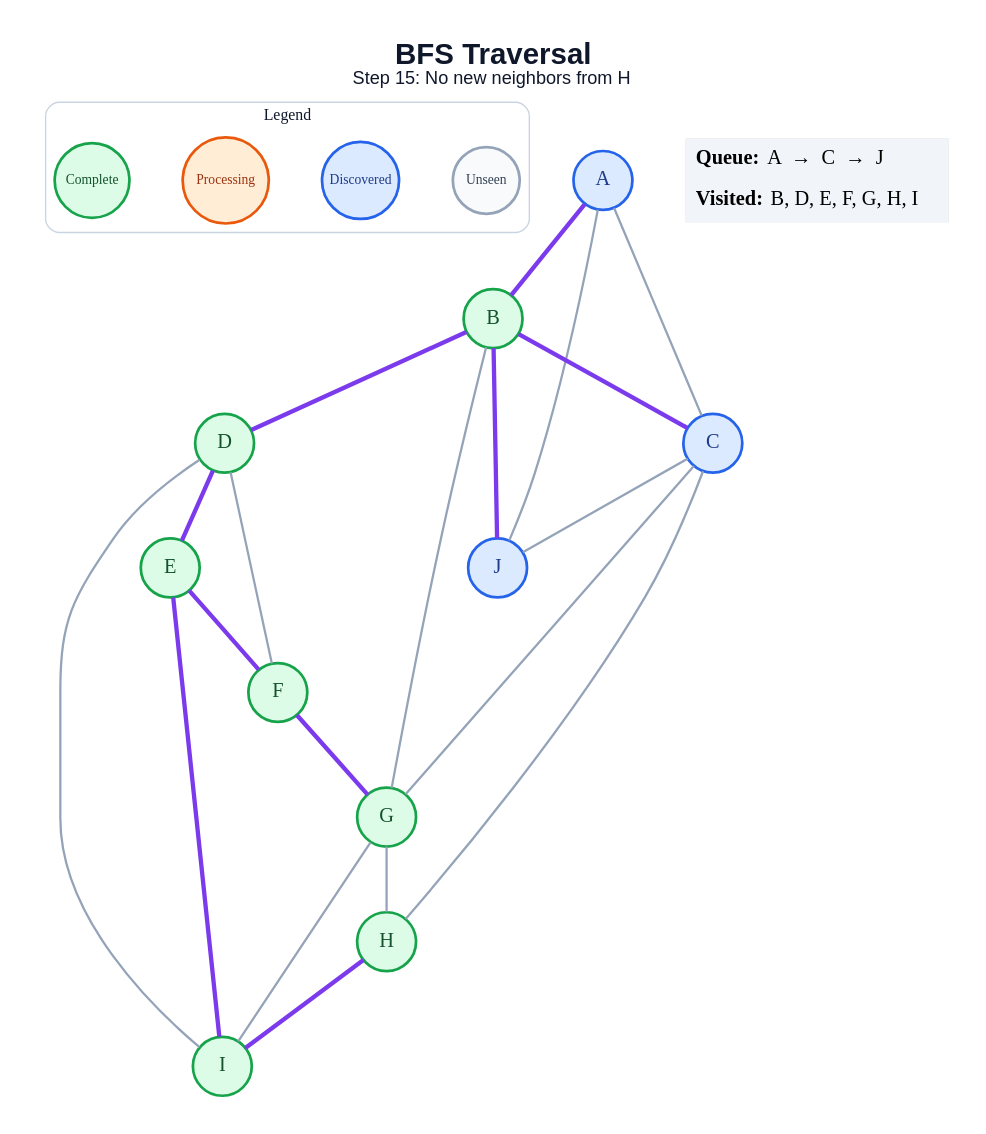
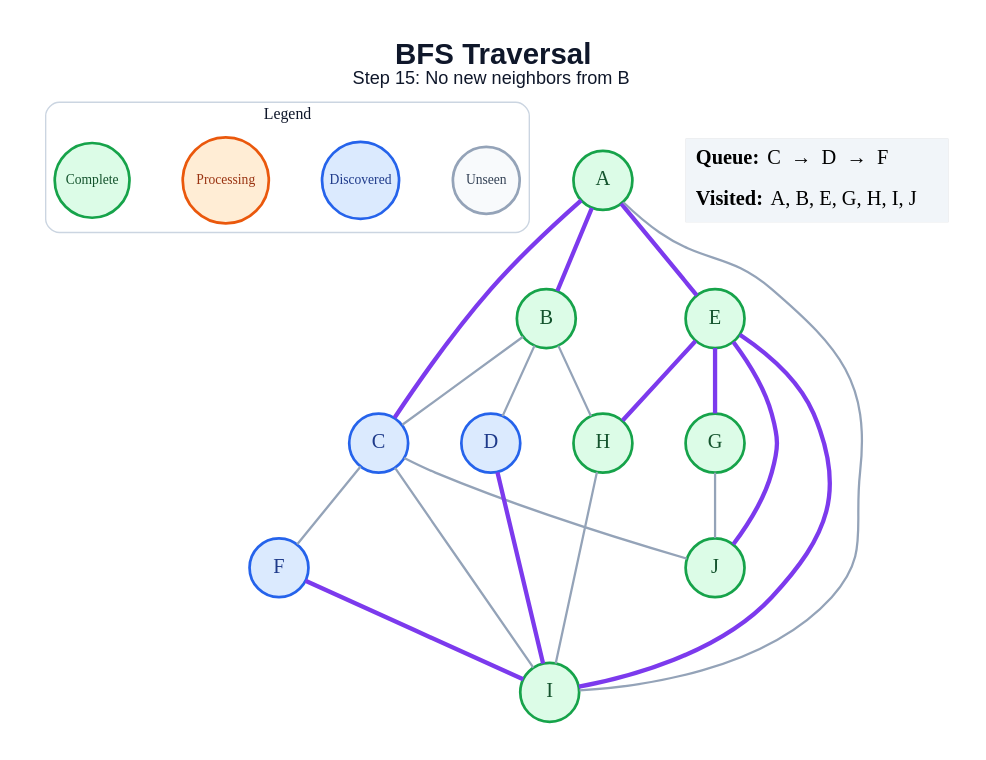
The diagram in generated/specific-node/bfs/step_15.dot (amanghodawala9/ai-slop), drawn with Graphviz before and after one commit. The commit also changed 178 other files, not shown here.

```diff
--- a/generated/specific-node/bfs/step_15.dot
+++ b/generated/specific-node/bfs/step_15.dot
@@ -1,48 +1,47 @@
 graph traversal {
   graph [layout=dot, rankdir=TB, bgcolor="#FFFFFF", pad="0.35", nodesep="0.65", ranksep="0.8", fontname="Arial"];
   node [shape=circle, style="filled", fontname="Arial Bold", fontsize=18, width=0.72, fixedsize=true, penwidth=2.4];
   edge [color="#94A3B8", penwidth=2.0];
-  label=<<B>BFS Traversal</B><BR/><FONT POINT-SIZE="16">Step 15: No new neighbors from H</FONT>>; labelloc="t"; fontsize=26; fontname="Arial"; fontcolor="#0F172A";
+  label=<<B>BFS Traversal</B><BR/><FONT POINT-SIZE="16">Step 15: No new neighbors from B</FONT>>; labelloc="t"; fontsize=26; fontname="Arial"; fontcolor="#0F172A";
   subgraph cluster_legend { label="Legend"; color="#CBD5E1"; penwidth=1.2; style="rounded"; fontsize=14; fontname="Arial Bold";
     key_unseen [label="Unseen", fillcolor="#F8FAFC", color="#94A3B8", fontcolor="#334155", fontsize=12, width=0.82];
     key_frontier [label="Discovered", fillcolor="#DBEAFE", color="#2563EB", fontcolor="#1E3A8A", fontsize=12, width=0.95];
     key_current [label="Processing", fillcolor="#FFEDD5", color="#EA580C", fontcolor="#9A3412", fontsize=12, width=1.05];
     key_done [label="Complete", fillcolor="#DCFCE7", color="#16A34A", fontcolor="#14532D", fontsize=12, width=0.92];
     { rank=same; key_unseen; key_frontier; key_current; key_done; }
   }
-  A [fillcolor="#DBEAFE", color="#2563EB", fontcolor="#1E3A8A"];
+  A [fillcolor="#DCFCE7", color="#16A34A", fontcolor="#14532D"];
   B [fillcolor="#DCFCE7", color="#16A34A", fontcolor="#14532D"];
   C [fillcolor="#DBEAFE", color="#2563EB", fontcolor="#1E3A8A"];
-  D [fillcolor="#DCFCE7", color="#16A34A", fontcolor="#14532D"];
+  D [fillcolor="#DBEAFE", color="#2563EB", fontcolor="#1E3A8A"];
   E [fillcolor="#DCFCE7", color="#16A34A", fontcolor="#14532D"];
-  F [fillcolor="#DCFCE7", color="#16A34A", fontcolor="#14532D"];
+  F [fillcolor="#DBEAFE", color="#2563EB", fontcolor="#1E3A8A"];
   G [fillcolor="#DCFCE7", color="#16A34A", fontcolor="#14532D"];
   H [fillcolor="#DCFCE7", color="#16A34A", fontcolor="#14532D"];
   I [fillcolor="#DCFCE7", color="#16A34A", fontcolor="#14532D"];
-  J [fillcolor="#DBEAFE", color="#2563EB", fontcolor="#1E3A8A"];
+  J [fillcolor="#DCFCE7", color="#16A34A", fontcolor="#14532D"];
   A -- B [color="#7C3AED", penwidth=3.8];
-  A -- C;
-  A -- J;
-  B -- C [color="#7C3AED", penwidth=3.8];
-  B -- D [color="#7C3AED", penwidth=3.8];
-  B -- G;
-  B -- J [color="#7C3AED", penwidth=3.8];
-  C -- G;
-  C -- H;
+  A -- C [color="#7C3AED", penwidth=3.8];
+  A -- E [color="#7C3AED", penwidth=3.8];
+  A -- I;
+  B -- C;
+  B -- D;
+  B -- H;
+  C -- F;
+  C -- I;
   C -- J;
-  D -- E [color="#7C3AED", penwidth=3.8];
-  D -- F;
-  D -- I;
-  E -- F [color="#7C3AED", penwidth=3.8];
+  D -- I [color="#7C3AED", penwidth=3.8];
+  E -- G [color="#7C3AED", penwidth=3.8];
+  E -- H [color="#7C3AED", penwidth=3.8];
   E -- I [color="#7C3AED", penwidth=3.8];
-  F -- G [color="#7C3AED", penwidth=3.8];
-  G -- H;
-  G -- I;
-  H -- I [color="#7C3AED", penwidth=3.8];
+  E -- J [color="#7C3AED", penwidth=3.8];
+  F -- I [color="#7C3AED", penwidth=3.8];
+  G -- J;
+  H -- I;
   status [shape=plain, fixedsize=false, width=0, height=0, margin=0, label=<
     <TABLE BORDER="0" CELLBORDER="0" CELLPADDING="7" BGCOLOR="#F1F5F9">
-      <TR><TD ALIGN="LEFT"><B>Queue:</B> A  →  C  →  J</TD></TR>
-      <TR><TD ALIGN="LEFT"><B>Visited:</B> B, D, E, F, G, H, I</TD></TR>
+      <TR><TD ALIGN="LEFT"><B>Queue:</B> C  →  D  →  F</TD></TR>
+      <TR><TD ALIGN="LEFT"><B>Visited:</B> A, B, E, G, H, I, J</TD></TR>
     </TABLE>
   >];
 }
```
